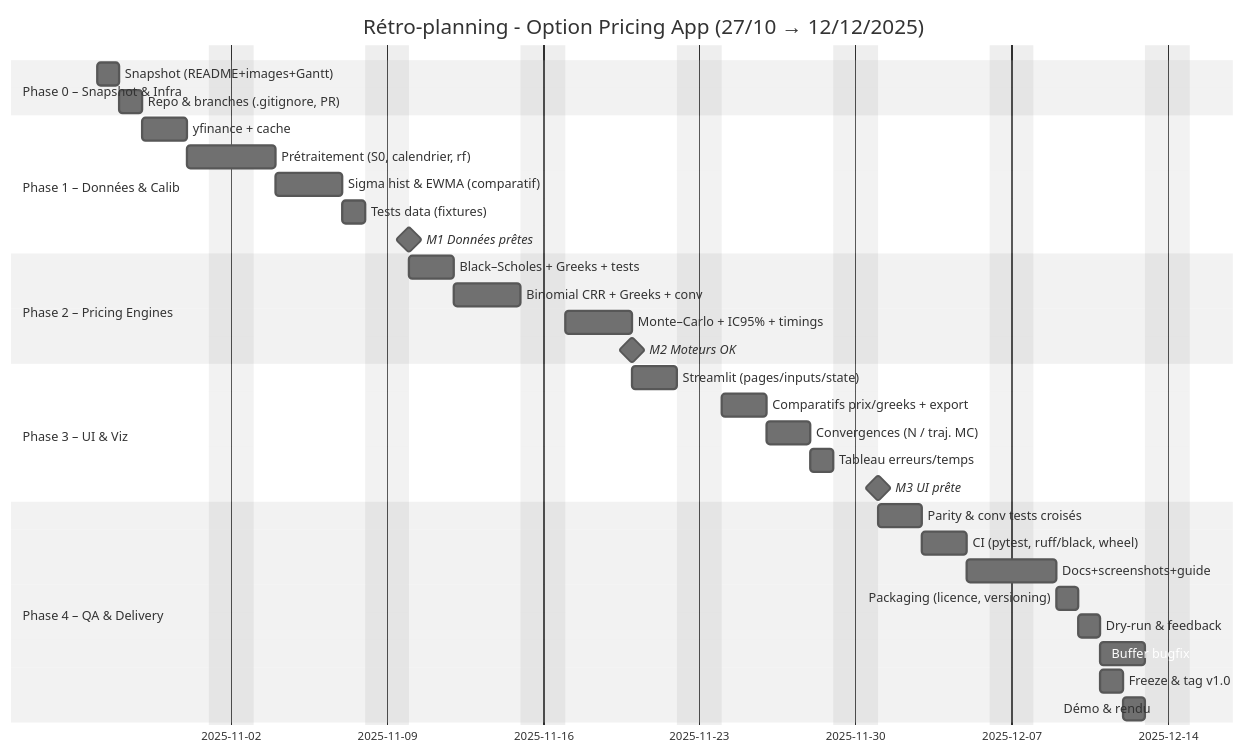
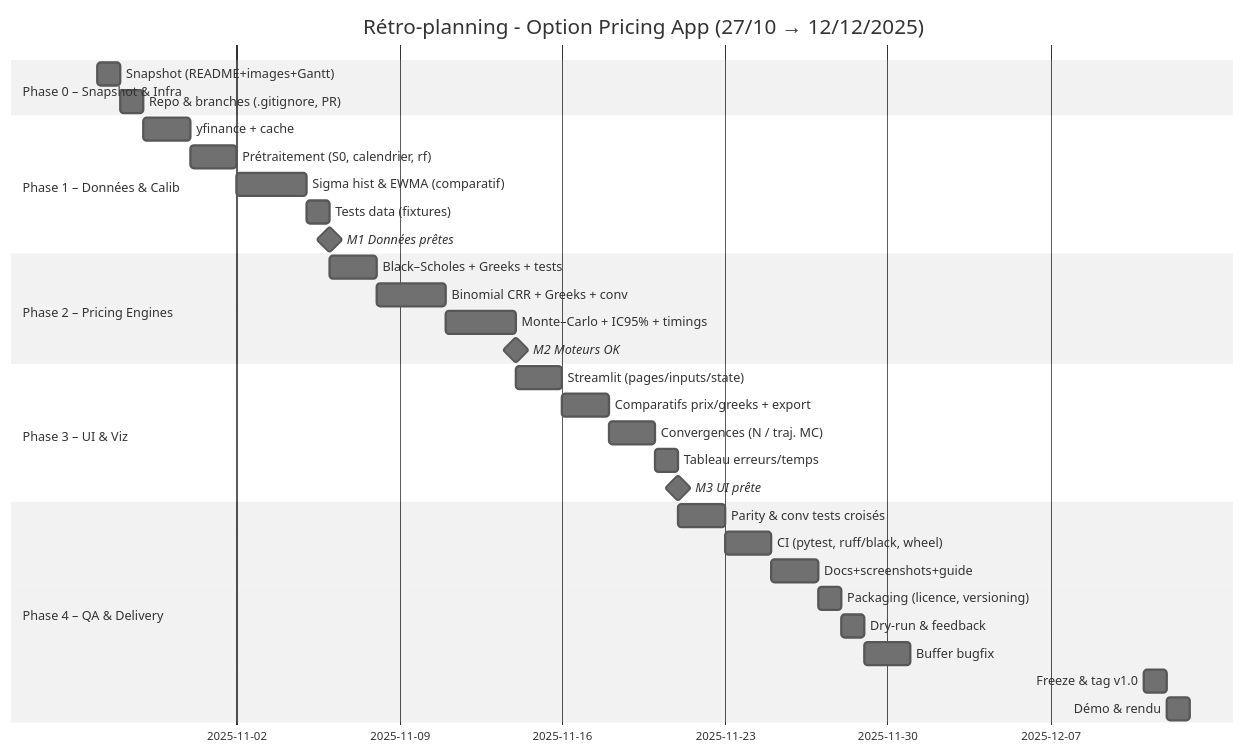
The diagram in roadmap/Gantt_Diagram.md (Karam-Benameur/stream_options), drawn with Mermaid (neutral theme) before and after one commit.

````diff
--- a/roadmap/Gantt_Diagram.md
+++ b/roadmap/Gantt_Diagram.md
@@ -1,41 +1,41 @@
 ```mermaid
 gantt
     title Rétro-planning - Option Pricing App (27/10 → 12/12/2025)
     dateFormat  YYYY-MM-DD
-    excludes    weekends
+    %% aucune exclusion -> pas de bandes jaunes
 
     section Phase 0 – Snapshot & Infra
     Snapshot (README+images+Gantt)      :s1, 2025-10-27, 1d
     Repo & branches (.gitignore, PR)    :s2, after s1, 1d
 
     section Phase 1 – Données & Calib
     yfinance + cache                     :d1, after s2, 2d
     Prétraitement (S0, calendrier, rf)   :d2, after d1, 2d
     Sigma hist & EWMA (comparatif)       :d3, after d2, 3d
     Tests data (fixtures)                :d4, after d3, 1d
     M1 Données prêtes                    :milestone, m1, after d4, 0d
 
     section Phase 2 – Pricing Engines
     Black–Scholes + Greeks + tests       :p1, after m1, 2d
     Binomial CRR + Greeks + conv         :p2, after p1, 3d
     Monte–Carlo + IC95% + timings        :p3, after p2, 3d
     M2 Moteurs OK                        :milestone, m2, after p3, 0d
 
     section Phase 3 – UI & Viz
     Streamlit (pages/inputs/state)       :u1, after m2, 2d
     Comparatifs prix/greeks + export     :u2, after u1, 2d
     Convergences (N / traj. MC)          :u3, after u2, 2d
     Tableau erreurs/temps                :u4, after u3, 1d
     M3 UI prête                          :milestone, m3, after u4, 0d
 
     section Phase 4 – QA & Delivery
     Parity & conv tests croisés          :q1, after m3, 2d
     CI (pytest, ruff/black, wheel)       :q2, after q1, 2d
     Docs+screenshots+guide               :q3, after q2, 2d
     Packaging (licence, versioning)      :q4, after q3, 1d
     Dry-run & feedback                   :q5, after q4, 1d
     Buffer bugfix                        :q6, after q5, 2d
     Freeze & tag v1.0                    :rel, 2025-12-11, 1d
     Démo & rendu                         :fin, 2025-12-12, 1d
 
 ```
````
